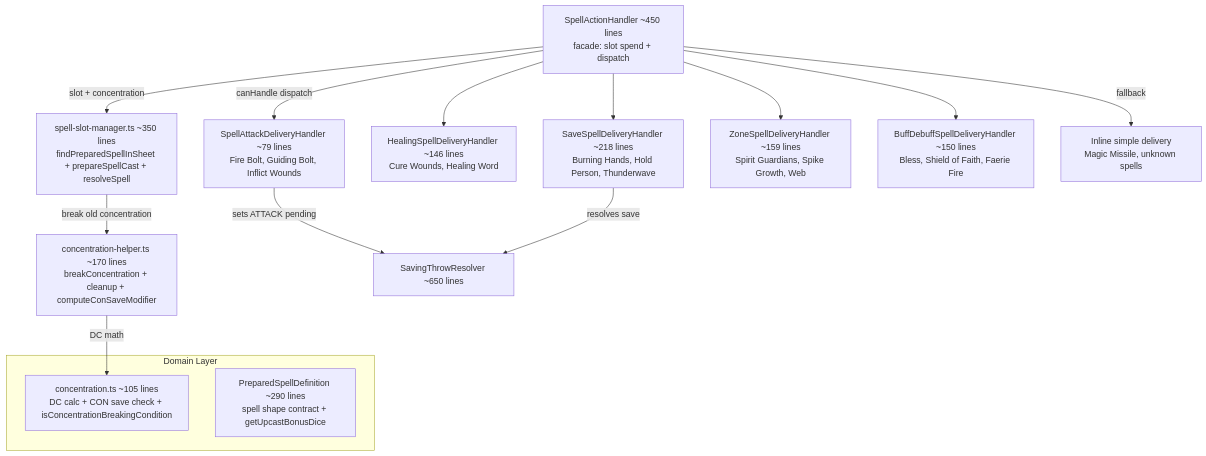
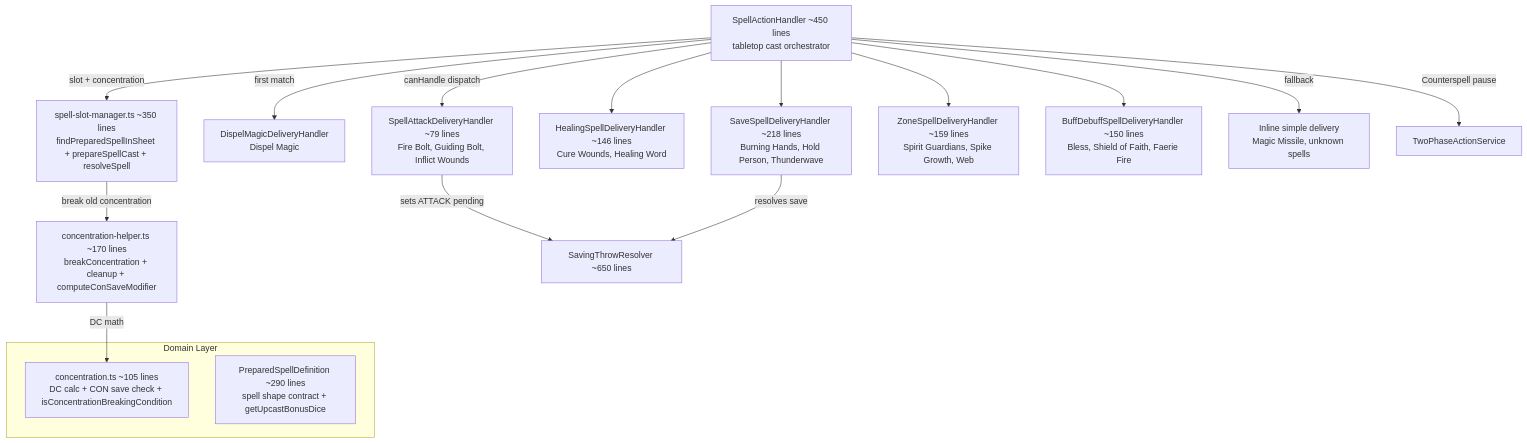
Before and after one commit to mweyamutsvene/DungeonMaster: the diagram in .github/instructions/spell-system.instructions.md, drawn with Mermaid. The commit also changed other lines of this file and 22 other files, not shown here.

Commit message:
docs: refresh flow instructions and CLAUDE guides

````diff
--- a/.github/instructions/spell-system.instructions.md
+++ b/.github/instructions/spell-system.instructions.md
@@ -19,26 +15,28 @@
 ```mermaid
 flowchart TD
-    SAH[SpellActionHandler ~450 lines<br/>facade: slot spend + dispatch]
+    SAH[SpellActionHandler ~450 lines<br/>tabletop cast orchestrator]
     SSM[spell-slot-manager.ts ~350 lines<br/>findPreparedSpellInSheet + prepareSpellCast + resolveSpell]
     CH[concentration-helper.ts ~170 lines<br/>breakConcentration + cleanup + computeConSaveModifier]
 
     SAH -->|"slot + concentration"| SSM
     SSM -->|"break old concentration"| CH
 
+    SAH -->|"first match"| DISP[DispelMagicDeliveryHandler<br/>Dispel Magic]
     SAH -->|"canHandle dispatch"| ATK[SpellAttackDeliveryHandler ~79 lines<br/>Fire Bolt, Guiding Bolt, Inflict Wounds]
     SAH --> HEAL[HealingSpellDeliveryHandler ~146 lines<br/>Cure Wounds, Healing Word]
     SAH --> SAVE[SaveSpellDeliveryHandler ~218 lines<br/>Burning Hands, Hold Person, Thunderwave]
     SAH --> ZONE[ZoneSpellDeliveryHandler ~159 lines<br/>Spirit Guardians, Spike Growth, Web]
     SAH --> BUFF[BuffDebuffSpellDeliveryHandler ~150 lines<br/>Bless, Shield of Faith, Faerie Fire]
     SAH -->|"fallback"| SIMPLE[Inline simple delivery<br/>Magic Missile, unknown spells]
+    SAH -->|"Counterspell pause"| ROUTE[TwoPhaseActionService]
 
     ATK -->|"sets ATTACK pending"| STR[SavingThrowResolver ~650 lines]
     SAVE -->|"resolves save"| STR
 
     subgraph "Domain Layer"
       CONC[concentration.ts ~105 lines<br/>DC calc + CON save check + isConcentrationBreakingCondition]
       PSD[PreparedSpellDefinition ~290 lines<br/>spell shape contract + getUpcastBonusDice]
     end
 
     CH -->|"DC math"| CONC
 ```
````
